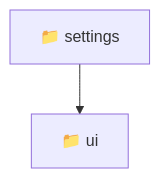
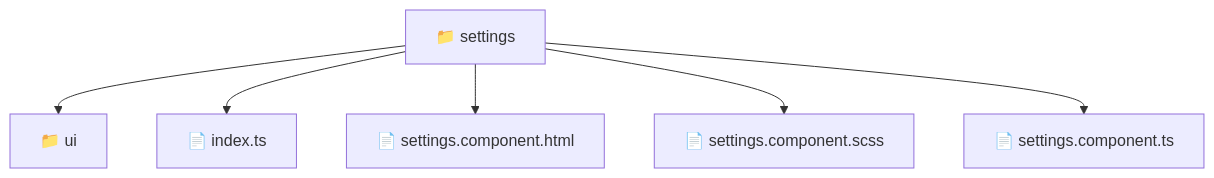
The diagram in frontend/src/pages/settings/README.md (beginwebdev2002/fullstack-mavluda), drawn with Mermaid before and after one commit. The commit also changed other lines of this file and 157 other files, not shown here.

First line of the commit message:
docs: generate localized readmes for architectural transparency

````diff
--- a/frontend/src/pages/settings/README.md
+++ b/frontend/src/pages/settings/README.md
@@ -11,5 +11,9 @@
 ```mermaid
 graph TD
   settings["📁 settings"]
-  settings --> ui["📁 ui"]
+  settings --> settings_ui["📁 ui"]
+  settings --> settings_index_ts["📄 index.ts"]
+  settings --> settings_settings_component_html["📄 settings.component.html"]
+  settings --> settings_settings_component_scss["📄 settings.component.scss"]
+  settings --> settings_settings_component_ts["📄 settings.component.ts"]
 ```
````
